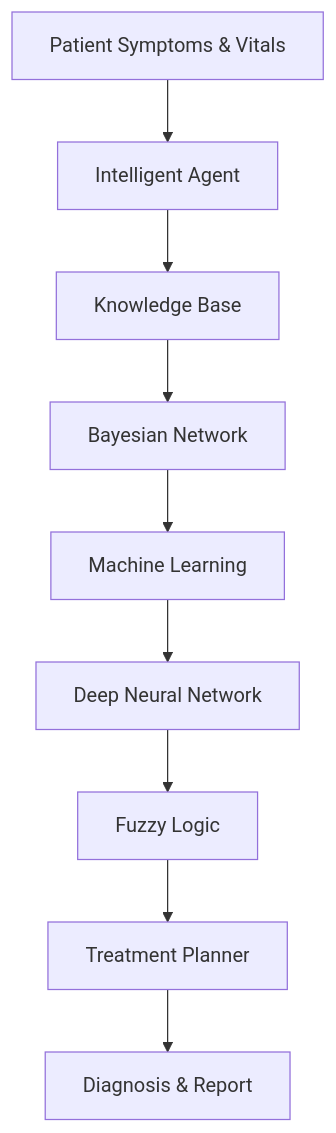
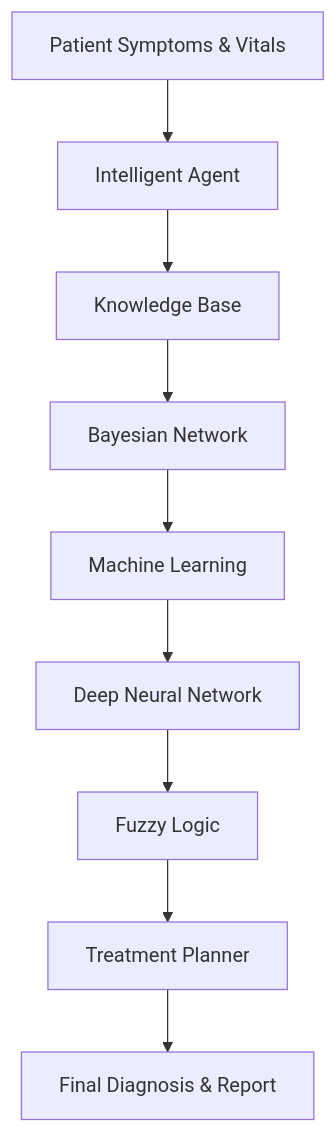
One commit to franklin-mk/ai-capstone changed the diagram in README.md. Above: the diagram before and after it, drawn with Mermaid. The commit also changed other lines of this file, not shown here.

````diff
--- a/README.md
+++ b/README.md
@@ -86,20 +99,21 @@
 ```mermaid
 flowchart TD
 
 A[Patient Symptoms & Vitals]
-    --> B[Intelligent Agent]
+
+A --> B[Intelligent Agent]
 
 B --> C[Knowledge Base]
 
 C --> D[Bayesian Network]
 
 D --> E[Machine Learning]
 
 E --> F[Deep Neural Network]
 
 F --> G[Fuzzy Logic]
 
 G --> H[Treatment Planner]
 
-H --> I[Diagnosis & Report]
+H --> I[Final Diagnosis & Report]
 ```
````
